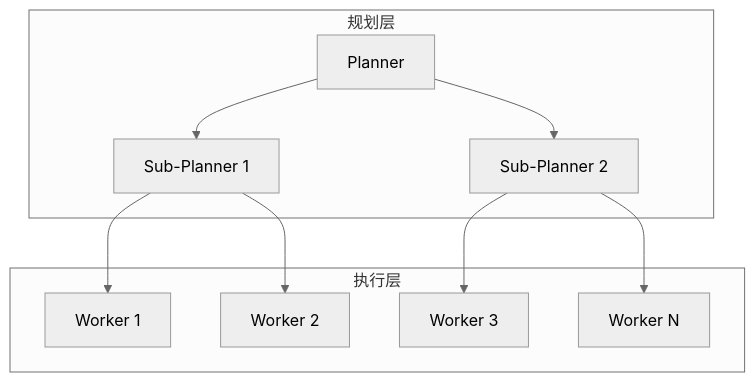
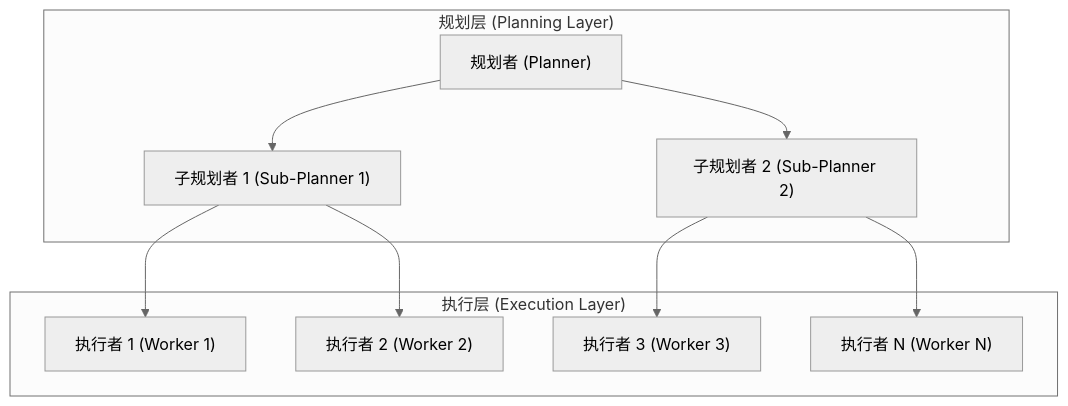
Before and after one commit to yeasy/agentic_ai_guide: the diagram in 05_collaboration/5.3_dynamic_teaming.md, drawn with Mermaid (neutral theme). The commit also changed other lines of this file and 75 other files, not shown here.

````diff
--- a/05_collaboration/5.3_dynamic_teaming.md
+++ b/05_collaboration/5.3_dynamic_teaming.md
@@ -270,22 +270,22 @@
 ```mermaid
 graph TD
-    subgraph planning["规划层"]
-        planner["Planner"]
-        sub_planner1["Sub-Planner 1"]
-        sub_planner2["Sub-Planner 2"]
+    subgraph planning["规划层 (Planning Layer)"]
+        planner["规划者 (Planner)"]
+        sub_planner1["子规划者 1 (Sub-Planner 1)"]
+        sub_planner2["子规划者 2 (Sub-Planner 2)"]
     end
     
-    subgraph execution["执行层"]
-        worker1["Worker 1"]
-        worker2["Worker 2"]
-        worker3["Worker 3"]
-        worker_n["Worker N"]
+    subgraph execution["执行层 (Execution Layer)"]
+        worker1["执行者 1 (Worker 1)"]
+        worker2["执行者 2 (Worker 2)"]
+        worker3["执行者 3 (Worker 3)"]
+        worker_n["执行者 N (Worker N)"]
     end
     
     planner --> sub_planner1
     planner --> sub_planner2
     sub_planner1 --> worker1
     sub_planner1 --> worker2
     sub_planner2 --> worker3
     sub_planner2 --> worker_n
 ```
````
